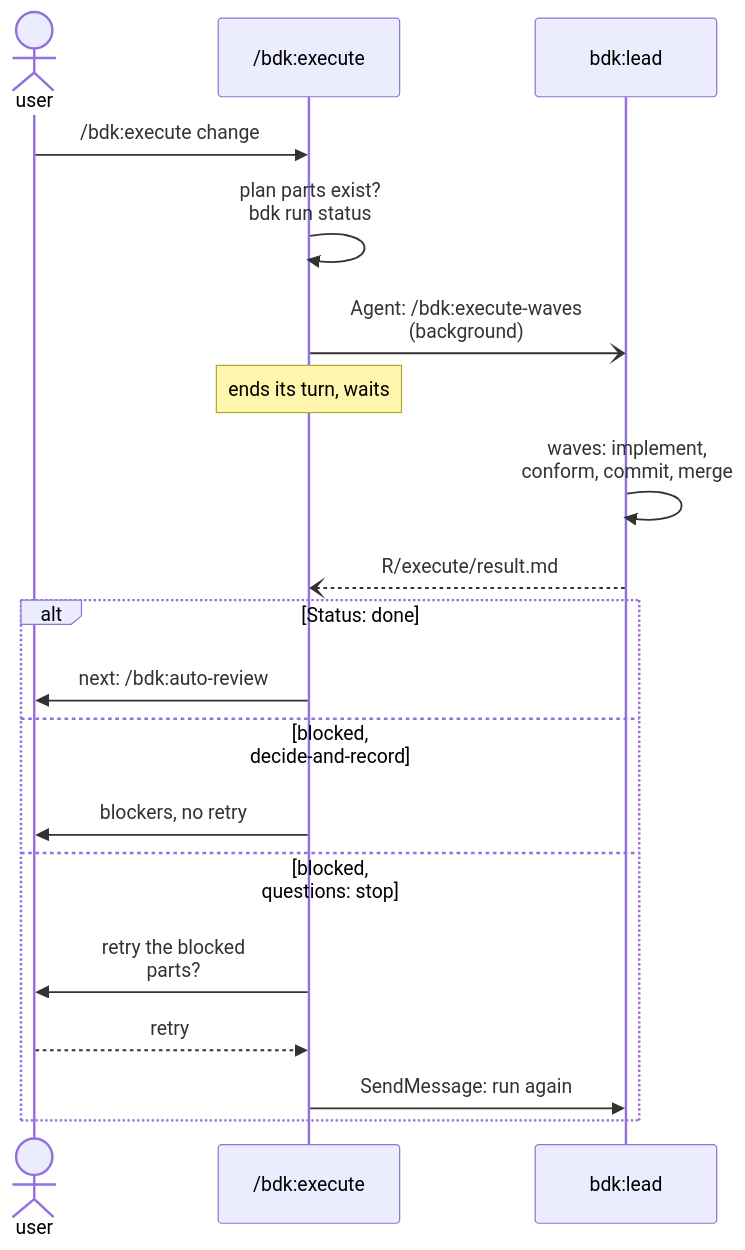
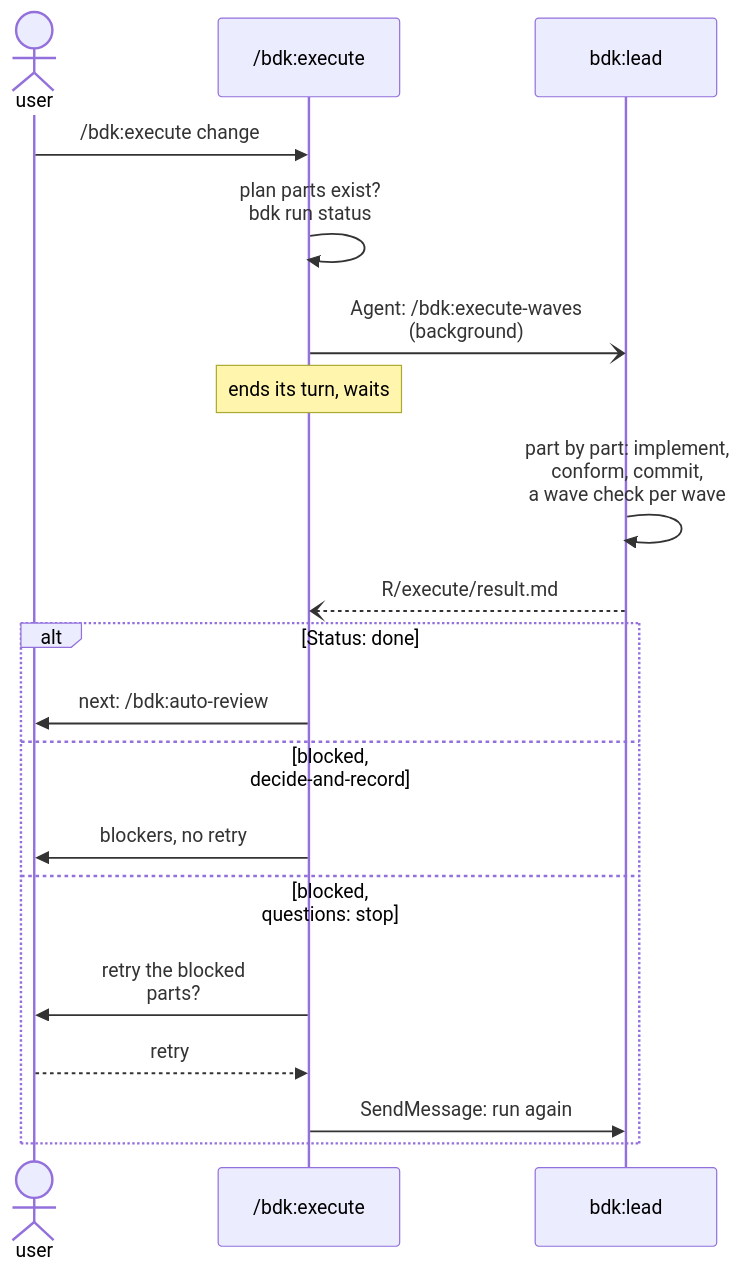
Before and after one commit to broneq/bdk: the fifth of 15 diagrams in docs/concepts/orchestrators.md, drawn with Mermaid. The commit also changed other lines of this file and 185 other files, not shown here.

````diff
--- a/docs/concepts/orchestrators.md
+++ b/docs/concepts/orchestrators.md
@@ -104,21 +104,21 @@
 ```mermaid
 sequenceDiagram
   actor U as user
   participant M as /bdk:execute
   participant L as bdk:lead
   U->>M: /bdk:execute change
   M->>M: plan parts exist?<br/>bdk run status
   M-)L: Agent: /bdk:execute-waves<br/>(background)
   Note over M: ends its turn, waits
-  L->>L: waves: implement,<br/>conform, commit, merge
+  L->>L: part by part: implement,<br/>conform, commit,<br/>a wave check per wave
   L--)M: R/execute/result.md
   alt Status: done
     M->>U: next: /bdk:auto-review
   else blocked,<br/>decide-and-record
     M->>U: blockers, no retry
   else blocked,<br/>questions: stop
     M->>U: retry the blocked<br/>parts?
     U-->>M: retry
     M->>L: SendMessage: run again
   end
 ```
````
